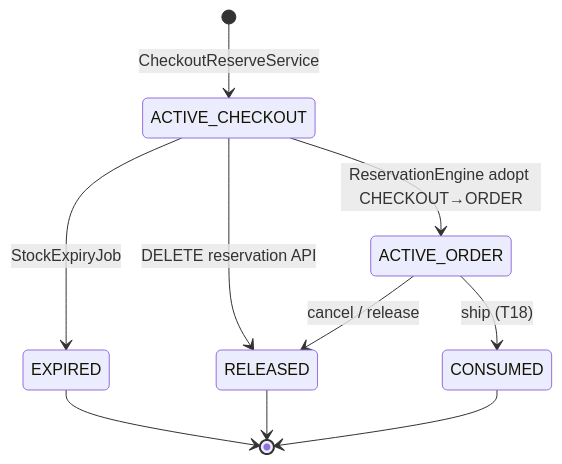
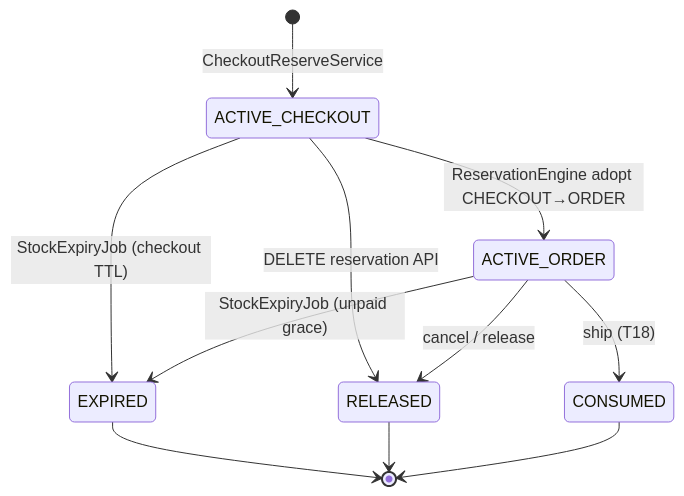
Before and after one commit to Narote-Dev/ThaiShopFun-OMS: the second of 4 diagrams in docs/tools/modules_body.md, drawn with Mermaid. The commit also changed other lines of this file and 16 other files, not shown here.

First line of the commit message:
docs: round 3 reference quality (per-field usage, schema, CHECK fix)

````diff
--- a/docs/tools/modules_body.md
+++ b/docs/tools/modules_body.md
@@ -98,12 +98,13 @@
 ```mermaid
 stateDiagram-v2
   [*] --> ACTIVE_CHECKOUT: CheckoutReserveService
   ACTIVE_CHECKOUT --> ACTIVE_ORDER: ReservationEngine adopt CHECKOUT→ORDER
   ACTIVE_ORDER --> CONSUMED: ship (T18)
-  ACTIVE_CHECKOUT --> EXPIRED: StockExpiryJob
+  ACTIVE_CHECKOUT --> EXPIRED: StockExpiryJob (checkout TTL)
+  ACTIVE_ORDER --> EXPIRED: StockExpiryJob (unpaid grace)
   ACTIVE_CHECKOUT --> RELEASED: DELETE reservation API
   ACTIVE_ORDER --> RELEASED: cancel / release
   EXPIRED --> [*]
   RELEASED --> [*]
   CONSUMED --> [*]
 ```
````
